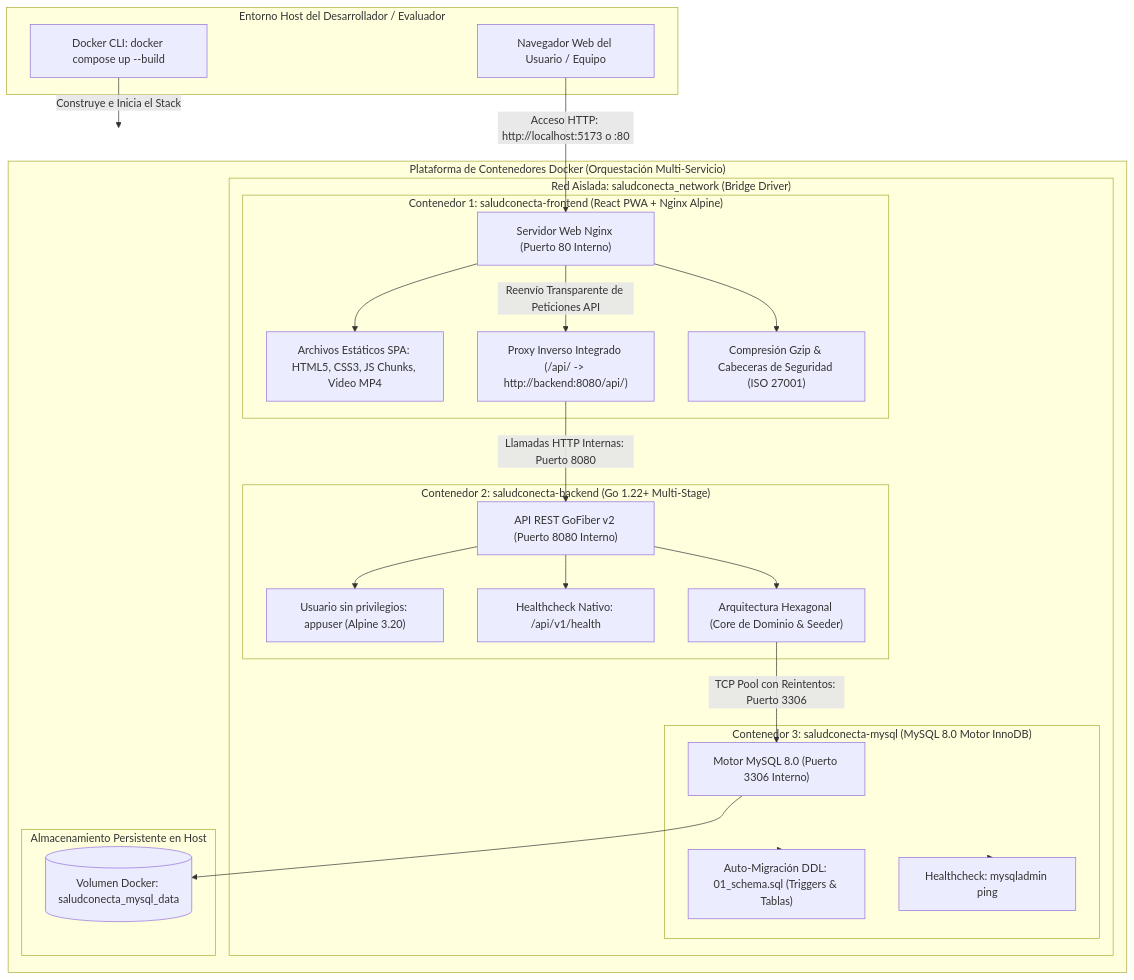
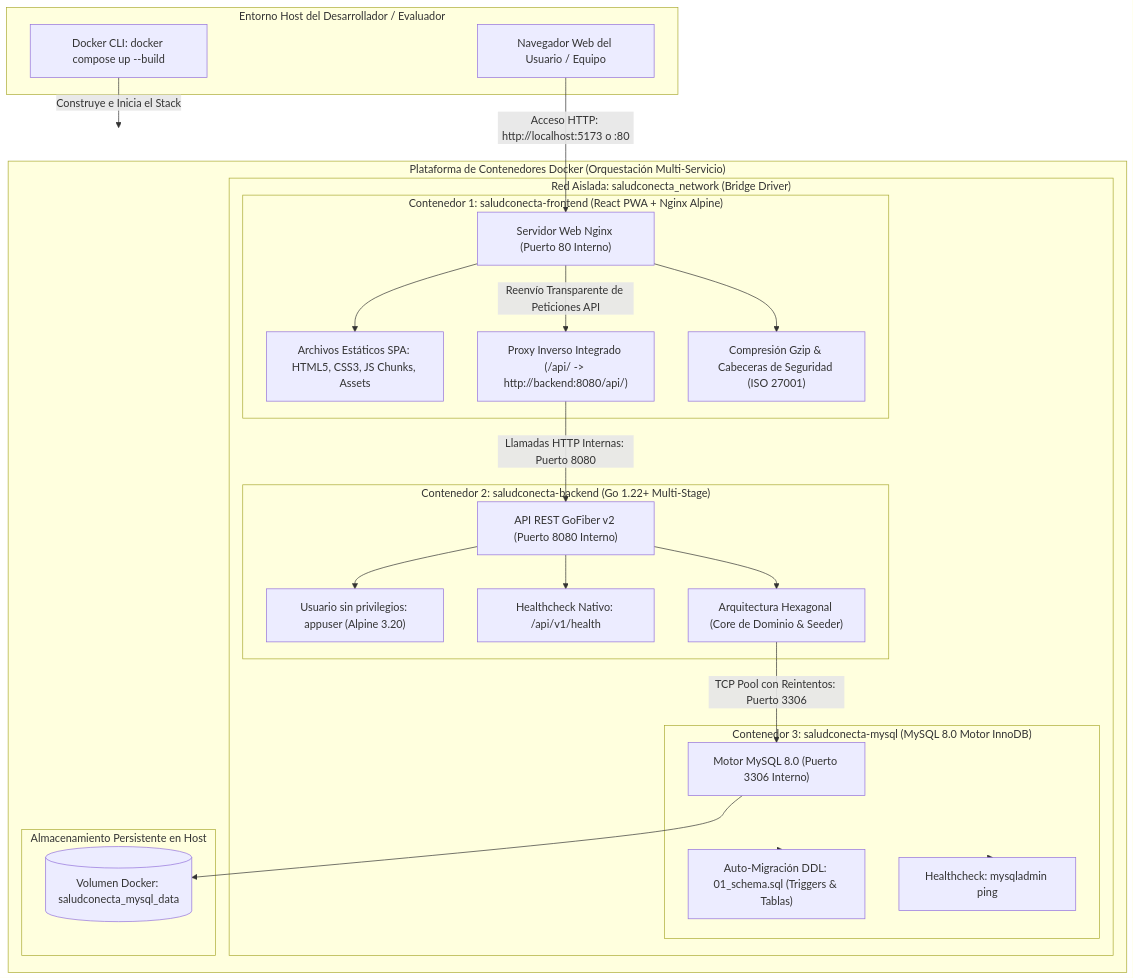
One commit to ThiagoVelez/Proyecto_felipe changed the diagram in docs/diagrams/11_arquitectura_contenedores_docker.mmd. Above: the diagram before and after it, drawn with Mermaid. The commit also changed other lines of this file and 6 other files, not shown here.

Commit message:
docs: sincronizar readme y diagramas 11 y 12 con el fondo ecg del login

```diff
--- a/docs/diagrams/11_arquitectura_contenedores_docker.mmd
+++ b/docs/diagrams/11_arquitectura_contenedores_docker.mmd
@@ -1,52 +1,52 @@
 flowchart TB
     subgraph HostEnvironment ["Entorno Host del Desarrollador / Evaluador"]
         Developer["Navegador Web del Usuario / Equipo"]
         DockerCLI["Docker CLI: docker compose up --build"]
     end
 
     subgraph DockerPlatform ["Plataforma de Contenedores Docker (Orquestación Multi-Servicio)"]
         subgraph NetBridge ["Red Aislada: saludconecta_network (Bridge Driver)"]
             
             subgraph FrontContainer ["Contenedor 1: saludconecta-frontend (React PWA + Nginx Alpine)"]
                 NginxSrv["Servidor Web Nginx (Puerto 80 Interno)"]
-                StaticFiles["Archivos Estáticos SPA: HTML5, CSS3, JS Chunks, Video MP4"]
+                StaticFiles["Archivos Estáticos SPA: HTML5, CSS3, JS Chunks, Assets"]
                 ReverseProxy["Proxy Inverso Integrado (/api/ -> http://backend:8080/api/)"]
                 GzipEngine["Compresión Gzip & Cabeceras de Seguridad (ISO 27001)"]
             end
 
             subgraph BackContainer ["Contenedor 2: saludconecta-backend (Go 1.22+ Multi-Stage)"]
                 GoFiberAPI["API REST GoFiber v2 (Puerto 8080 Interno)"]
                 AppUser["Usuario sin privilegios: appuser (Alpine 3.20)"]
                 HealthProbe["Healthcheck Nativo: /api/v1/health"]
                 HexEngine["Arquitectura Hexagonal (Core de Dominio & Seeder)"]
             end
 
             subgraph DBContainer ["Contenedor 3: saludconecta-mysql (MySQL 8.0 Motor InnoDB)"]
                 MySQLCore["Motor MySQL 8.0 (Puerto 3306 Interno)"]
                 SchemaInit["Auto-Migración DDL: 01_schema.sql (Triggers & Tablas)"]
                 MySQLHealth["Healthcheck: mysqladmin ping"]
             end
 
         end
 
         subgraph PersistentVolumes ["Almacenamiento Persistente en Host"]
             VolMySQL[("Volumen Docker: saludconecta_mysql_data")]
         end
     end
 
     Developer -->|Acceso HTTP: http://localhost:5173 o :80| NginxSrv
     DockerCLI -->|Construye e Inicia el Stack| DockerPlatform
 
     NginxSrv --> StaticFiles
     NginxSrv --> GzipEngine
     NginxSrv -->|Reenvío Transparente de Peticiones API| ReverseProxy
     ReverseProxy -->|Llamadas HTTP Internas: Puerto 8080| GoFiberAPI
 
     GoFiberAPI --> AppUser
     GoFiberAPI --> HexEngine
     GoFiberAPI --> HealthProbe
     HexEngine -->|TCP Pool con Reintentos: Puerto 3306| MySQLCore
 
     DBContainer --> SchemaInit
     DBContainer --> MySQLHealth
     MySQLCore --> VolMySQL
```
